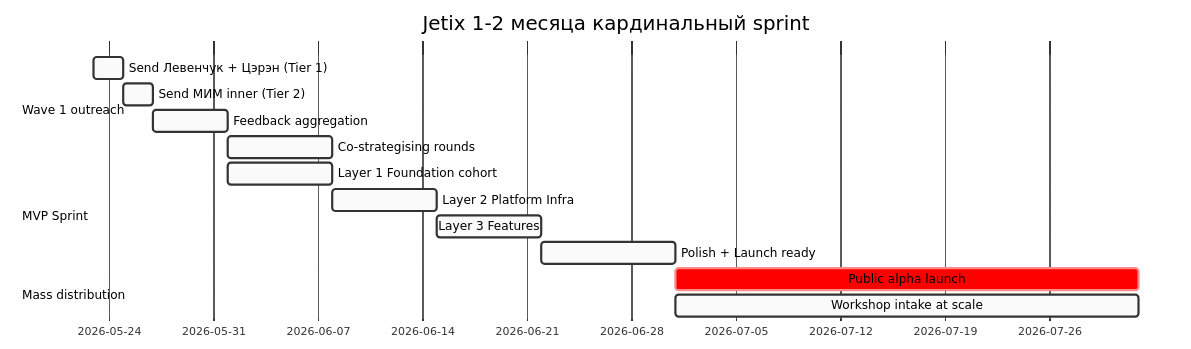
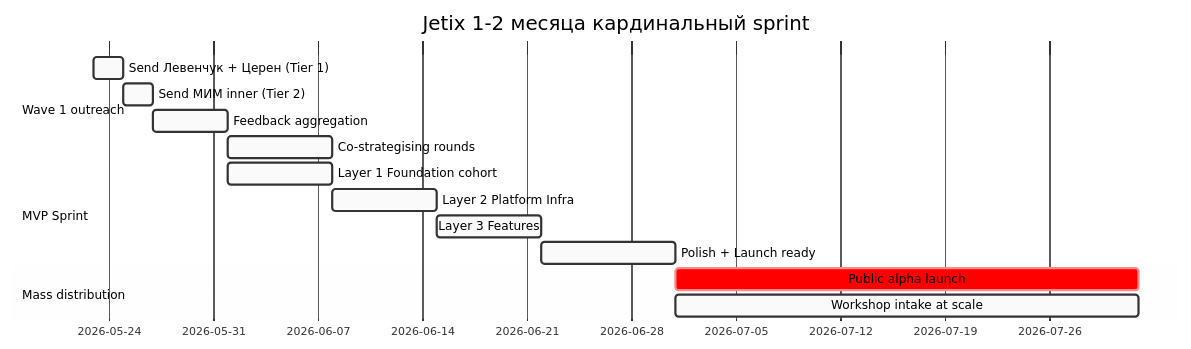
The fourth of 7 diagrams in decisions/strategic/JETIX-NAVIGATION-GUIDE-2026-05-22-DRAFT.md (Bogersebekov/jetix-os), drawn with Mermaid before and after one commit. The commit also changed other lines of this file, not shown here.

First line of the commit message:
[navigation-guide] expand с Sprint 23-26.05 docs + Workshop concept + Церен grammar fix

````diff
--- a/decisions/strategic/JETIX-NAVIGATION-GUIDE-2026-05-22-DRAFT.md
+++ b/decisions/strategic/JETIX-NAVIGATION-GUIDE-2026-05-22-DRAFT.md
@@ -364,19 +384,19 @@
 ```mermaid
 %%{init: {'theme':'base','themeVariables':{'primaryTextColor':'#000','textColor':'#000','lineColor':'#333','primaryBorderColor':'#333','primaryColor':'#fafafa'}}}%%
 gantt
     dateFormat YYYY-MM-DD
     title Jetix 1-2 месяца кардинальный sprint
     section Wave 1 outreach
-    Send Левенчук + Цэрэн (Tier 1)        :w1a, 2026-05-23, 2d
+    Send Левенчук + Церен (Tier 1)        :w1a, 2026-05-23, 2d
     Send МИМ inner (Tier 2)                :w1b, after w1a, 2d
     Feedback aggregation                    :w1c, after w1b, 5d
     Co-strategising rounds                  :w1d, after w1c, 7d
     section MVP Sprint
     Layer 1 Foundation cohort              :L1, 2026-06-01, 7d
     Layer 2 Platform Infra                 :L2, after L1, 7d
     Layer 3 Features                       :L3, after L2, 7d
     Polish + Launch ready                   :polish, after L3, 9d
     section Mass distribution
     Public alpha launch                    :crit, mass, 2026-07-01, 31d
     Workshop intake at scale               :ws, 2026-07-01, 31d
 ```
````
